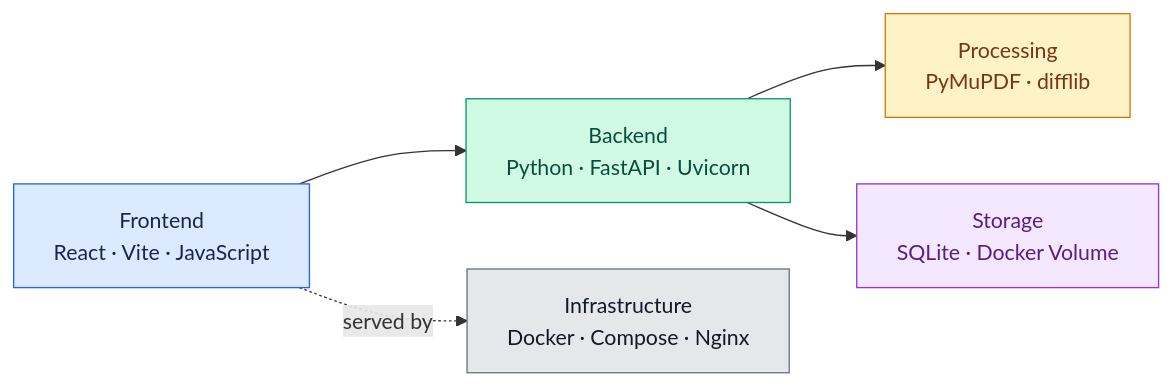
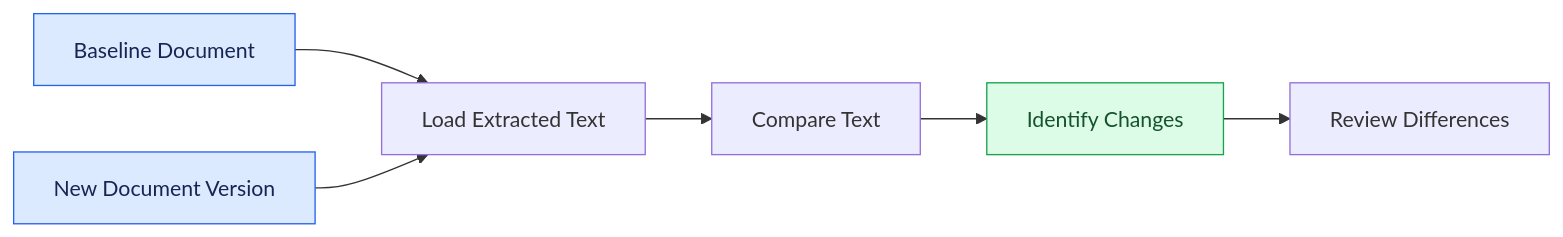
The fourth of 6 diagrams in README.md (rajshreesinha-23/regulalens-ai), drawn with Mermaid before and after one commit. The commit also changed other lines of this file, not shown here.

````diff
--- a/README.md
+++ b/README.md
@@ -116,18 +82,12 @@
 ```mermaid
 flowchart LR
-    A["Frontend<br/>React · Vite · JavaScript"]
-    B["Backend<br/>Python · FastAPI · Uvicorn"]
-    C["Processing<br/>PyMuPDF · difflib"]
-    D["Storage<br/>SQLite · Docker Volume"]
-    E["Infrastructure<br/>Docker · Compose · Nginx"]
+    A[Baseline Document] --> C[Load Extracted Text]
+    B[New Document Version] --> C
+    C --> D[Compare Text]
+    D --> E[Identify Changes]
+    E --> F[Review Differences]
 
-    A --> B --> C
-    B --> D
-    A -. served by .-> E
-
-    style A fill:#DBEAFE,stroke:#2563EB,color:#172554
-    style B fill:#D1FAE5,stroke:#059669,color:#064E3B
-    style C fill:#FEF3C7,stroke:#D97706,color:#78350F
-    style D fill:#F3E8FF,stroke:#9333EA,color:#581C87
-    style E fill:#E5E7EB,stroke:#6B7280,color:#111827
+    style A fill:#dbeafe,stroke:#2563eb,color:#172554
+    style B fill:#dbeafe,stroke:#2563eb,color:#172554
+    style E fill:#dcfce7,stroke:#16a34a,color:#14532d
 ```
````
